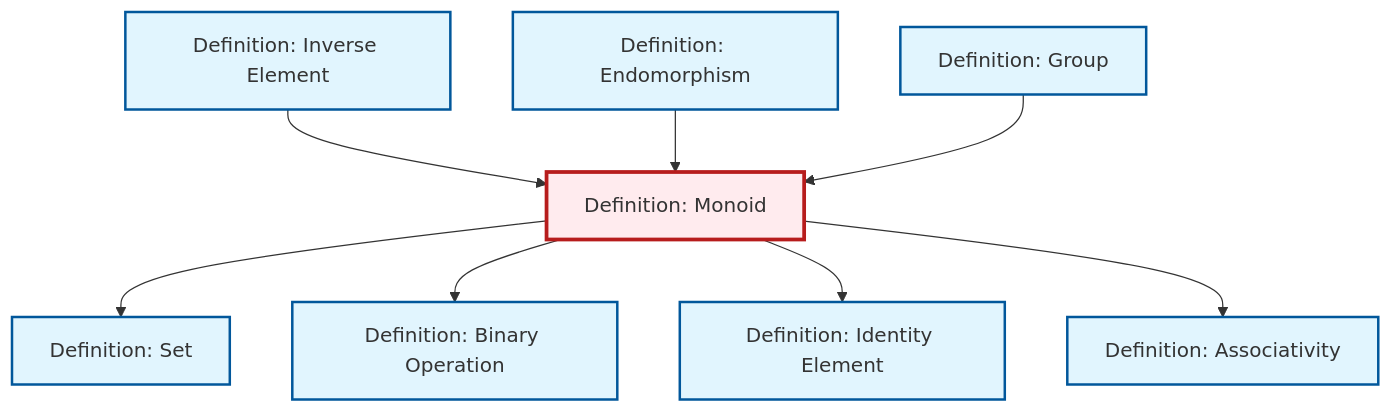
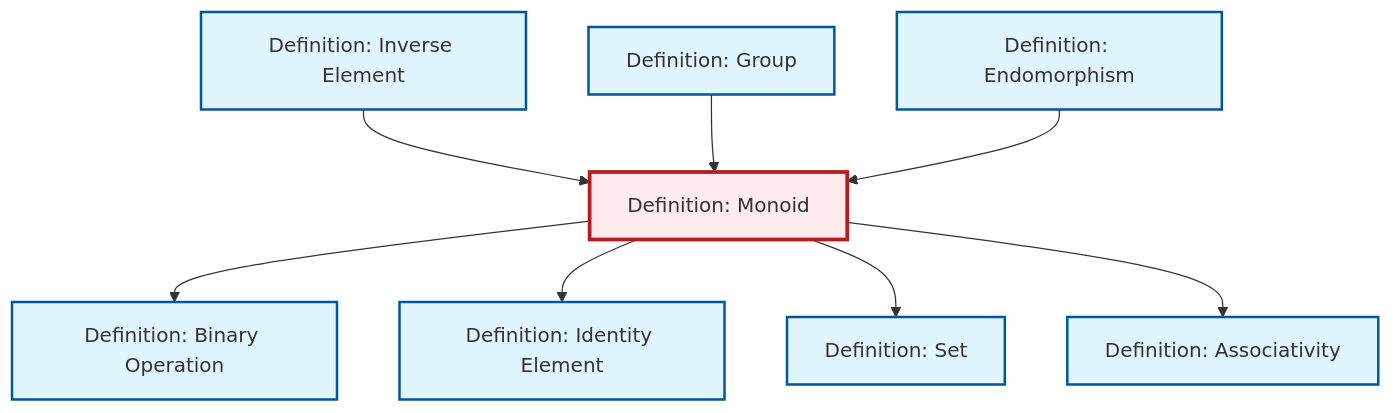
The diagram in content/en/algebra/def-monoid.qmd (RK0429/ModernMath), drawn with Mermaid before and after one commit. The commit also changed other lines of this file and 328 other files, not shown here.

````diff
--- a/content/en/algebra/def-monoid.qmd
+++ b/content/en/algebra/def-monoid.qmd
@@ -81,32 +81,32 @@
 ```{mermaid}
 %%| fig-cap: "Local dependency graph"
 graph TD
     classDef definition fill:#e1f5fe,stroke:#01579b,stroke-width:2px
     classDef theorem fill:#f3e5f5,stroke:#4a148c,stroke-width:2px
     classDef axiom fill:#fff3e0,stroke:#e65100,stroke-width:2px
     classDef example fill:#e8f5e9,stroke:#1b5e20,stroke-width:2px
     classDef current fill:#ffebee,stroke:#b71c1c,stroke-width:3px
+    def-endomorphism["Definition: Endomorphism"]:::definition
+    def-identity-element["Definition: Identity Element"]:::definition
     def-set["Definition: Set"]:::definition
     def-inverse-element["Definition: Inverse Element"]:::definition
+    def-group["Definition: Group"]:::definition
     def-binary-operation["Definition: Binary Operation"]:::definition
     def-monoid["Definition: Monoid"]:::definition
-    def-endomorphism["Definition: Endomorphism"]:::definition
-    def-identity-element["Definition: Identity Element"]:::definition
-    def-group["Definition: Group"]:::definition
     def-associativity["Definition: Associativity"]:::definition
-    def-inverse-element --> def-monoid
-    def-monoid --> def-set
-    def-endomorphism --> def-monoid
     def-monoid --> def-binary-operation
     def-monoid --> def-identity-element
+    def-monoid --> def-set
+    def-inverse-element --> def-monoid
     def-group --> def-monoid
+    def-endomorphism --> def-monoid
     def-monoid --> def-associativity
     class def-monoid current
+    click def-endomorphism "def-endomorphism.html" "Go to Endomorphism definition"
+    click def-identity-element "def-identity-element.html" "Go to Identity Element definition"
     click def-set "def-set.html" "Go to Set definition"
     click def-inverse-element "def-inverse-element.html" "Go to Inverse Element definition"
+    click def-group "def-group.html" "Go to Group definition"
     click def-binary-operation "def-binary-operation.html" "Go to Binary Operation definition"
-    click def-endomorphism "def-endomorphism.html" "Go to Endomorphism definition"
-    click def-identity-element "def-identity-element.html" "Go to Identity Element definition"
-    click def-group "def-group.html" "Go to Group definition"
     click def-associativity "def-associativity.html" "Go to Associativity definition"
 ```
````
